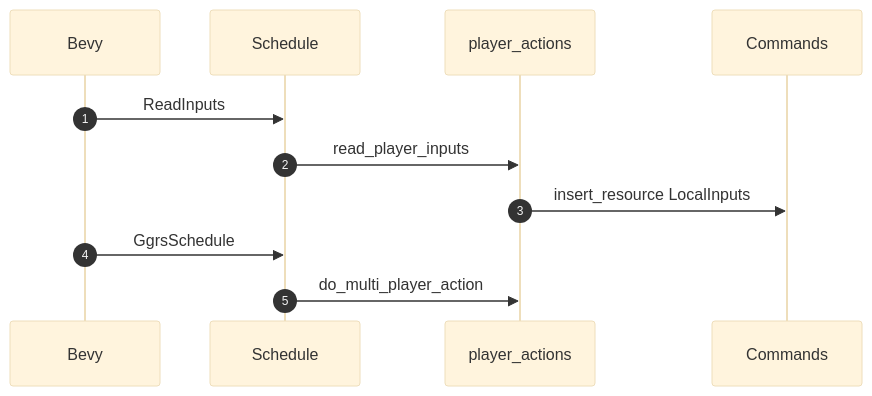
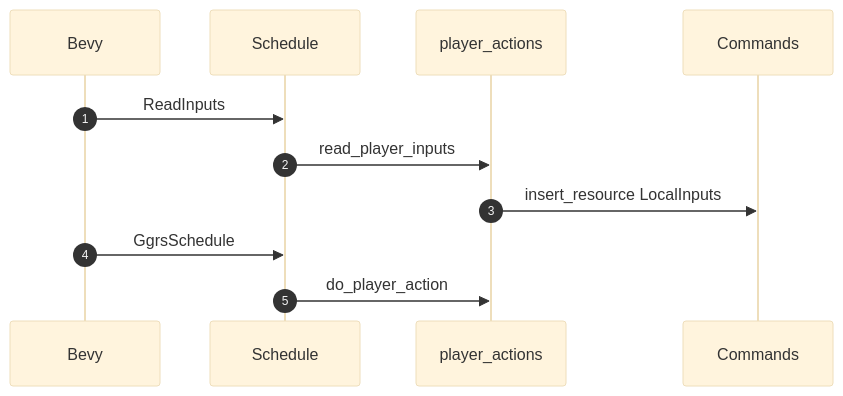
Before and after one commit to JorgeLGonzalez/dungeon_crawl_p2p: the first of 4 diagrams in src/systems/player_actions/README.md, drawn with Mermaid (base theme). The commit also changed other lines of this file and 7 other files, not shown here.

Commit message:
refactor(do_player_action): combine single and multi player systems

````diff
--- a/src/systems/player_actions/README.md
+++ b/src/systems/player_actions/README.md
@@ -14,9 +10,9 @@
 ```mermaid
 sequenceDiagram
 autonumber
 Bevy->>Schedule: ReadInputs
 Schedule->>player_actions: read_player_inputs
 player_actions->>Commands: insert_resource LocalInputs
 Bevy->>Schedule: GgrsSchedule
-Schedule->>player_actions: do_multi_player_action
+Schedule->>player_actions: do_player_action
 ```
````
